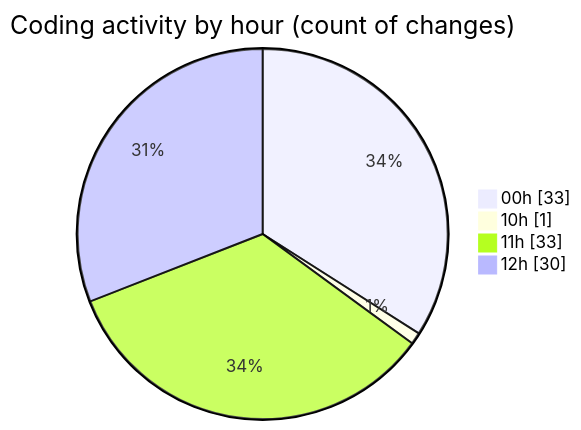
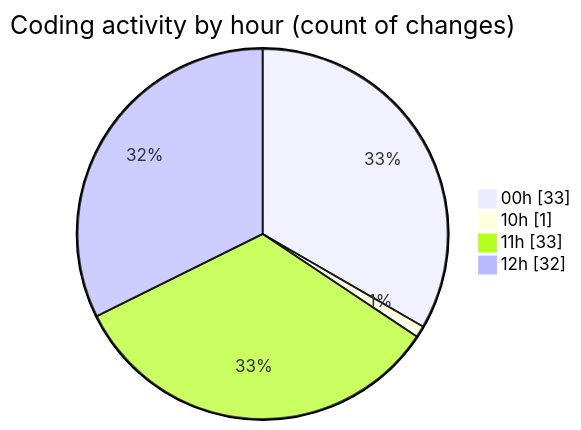
One commit to nxtqubesakshisongat/code-tracking changed the second of 2 diagrams in 2025-08-10/nxtqube_webapp/README.md. Above: the diagram before and after it, drawn with Mermaid. The commit also changed other lines of this file and 1 other file, not shown here.

````diff
--- a/2025-08-10/nxtqube_webapp/README.md
+++ b/2025-08-10/nxtqube_webapp/README.md
@@ -30,8 +30,8 @@
 ```mermaid
 pie showData
 title Coding activity by hour (count of changes)
 "00h" : 33
 "10h" : 1
 "11h" : 33
-"12h" : 30
+"12h" : 32
 ```
````
